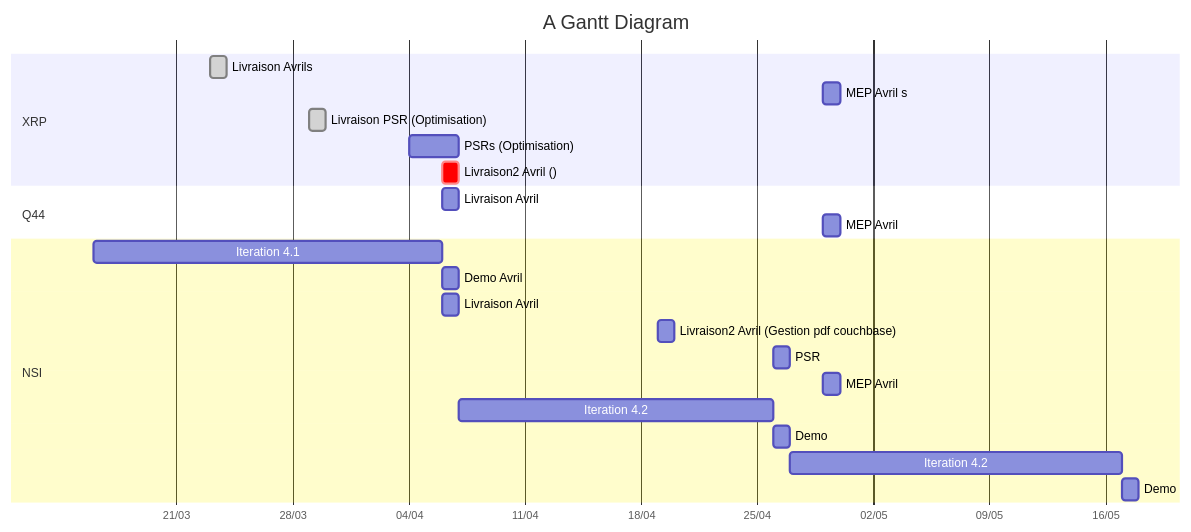
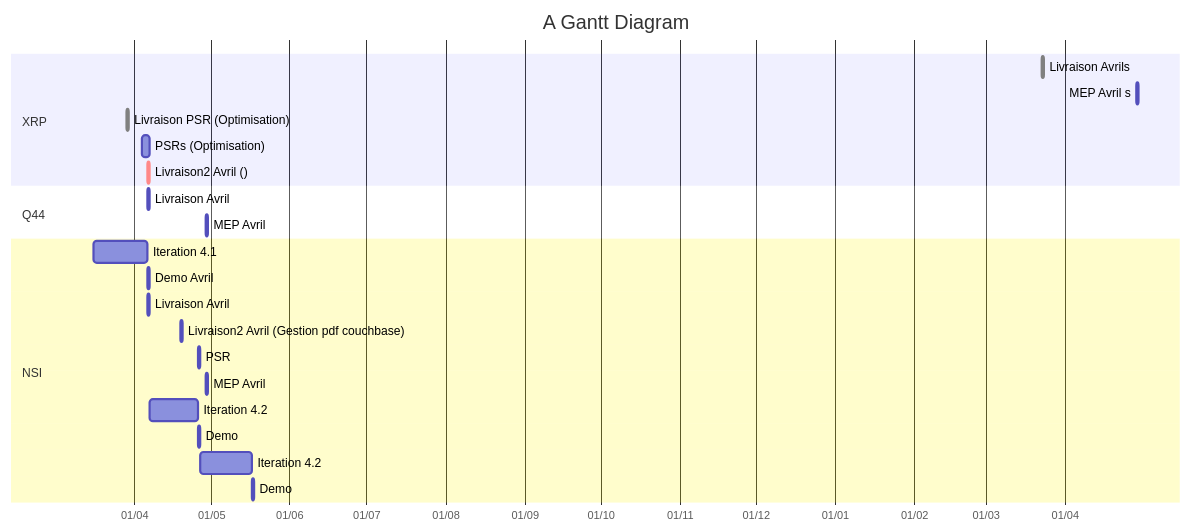
The diagram in x.md (mohamedelmourabit/xpr2), drawn with Mermaid before and after one commit.

````diff
--- a/x.md
+++ b/x.md
@@ -3,31 +3,31 @@
 ```mermaid
 gantt
     title A Gantt Diagram
     dateFormat  DD/MM/YYYY
     axisFormat  %d/%m
     
     section XRP
-    Livraison Avrils    : done, 23/03/2021, 1d
-    MEP Avril s          : 29/04/2021, 1d
+    Livraison Avrils    : done, 23/03/2022, 1d
+    MEP Avril s          : 29/04/2022, 1d
     Livraison PSR (Optimisation)    : done, 29/03/2021, 1d
     PSRs (Optimisation)              : 04/04/2021, 3d
     %% release/s :
     Livraison2 Avril ()    : crit, 06/04/2021, 1d
     
     section Q44
     Livraison Avril         : 06/04/2021, 1d
     MEP Avril               : 29/04/2021, 1d
     
     section NSI
     Iteration 4.1           : 16/03/2021, 06/04/2021
     Demo Avril              : 06/04/2021, 1d
     Livraison Avril         : 06/04/2021, 1d
     Livraison2 Avril (Gestion pdf couchbase)        : 19/04/2021, 1d
     PSR                     : 26/04/2021, 1d
     MEP Avril               : 29/04/2021, 1d
     Iteration 4.2           : 07/04/2021, 26/04/2021
     Demo                    : 26/04/2021, 1d
     Iteration 4.2           : 27/04/2021, 17/05/2021
     Demo                    : 17/05/2021, 1d
 
 ```
````
